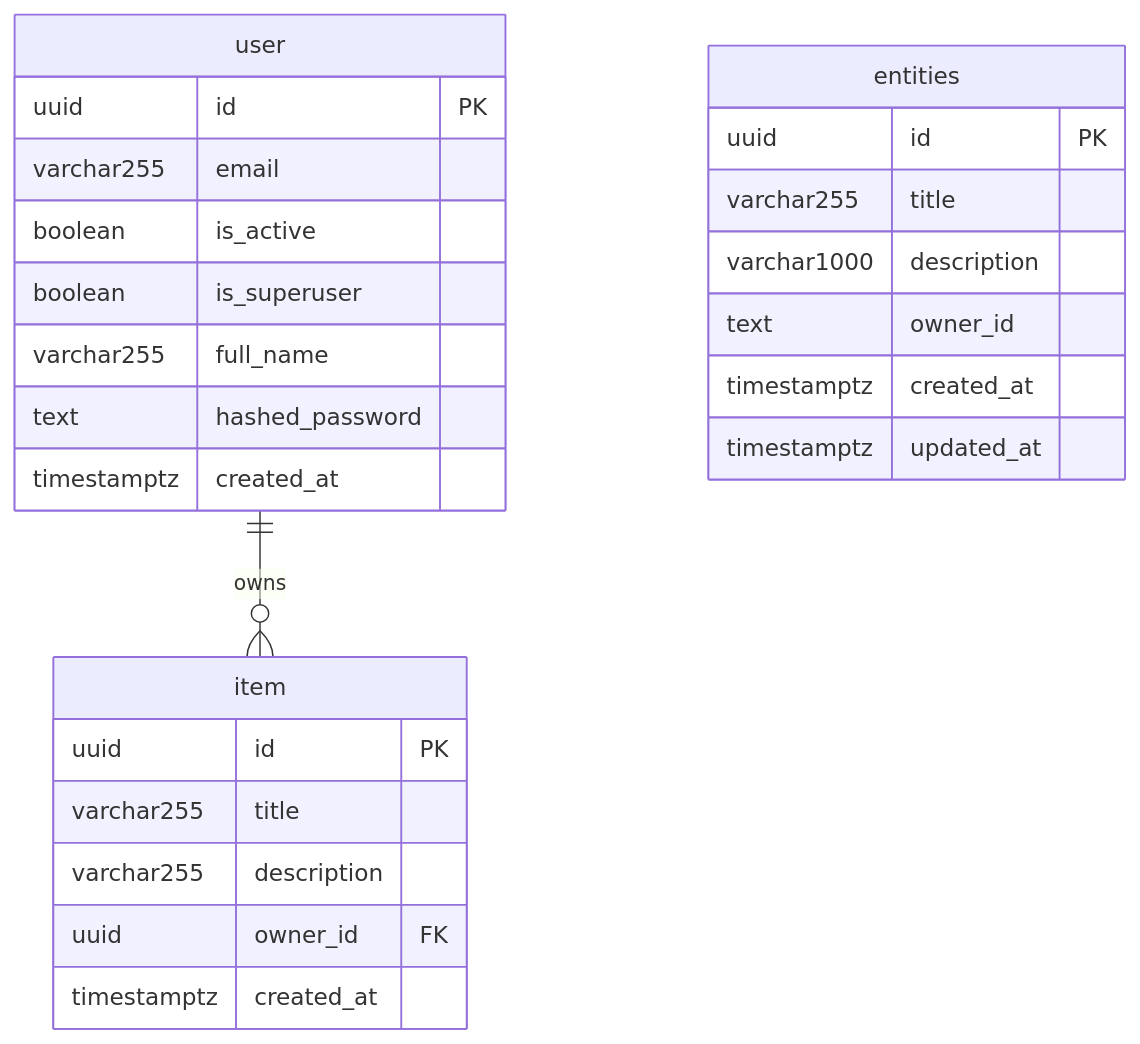
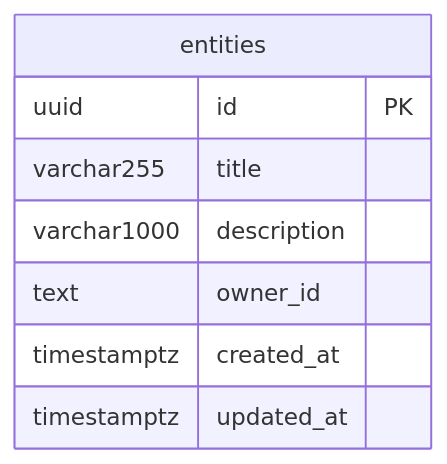
The diagram in docs/data/models.md (Aygentic/Aygentic-starter-template), drawn with Mermaid before and after one commit. The commit also changed other lines of this file and 19 other files, not shown here.

````diff
--- a/docs/data/models.md
+++ b/docs/data/models.md
@@ -47,31 +36,11 @@
 ```mermaid
 erDiagram
-    user ||--o{ item : "owns"
-
-    user {
-        uuid        id              PK
-        varchar255  email
-        boolean     is_active
-        boolean     is_superuser
-        varchar255  full_name
-        text        hashed_password
-        timestamptz created_at
-    }
-
-    item {
-        uuid        id          PK
-        varchar255  title
-        varchar255  description
-        uuid        owner_id    FK
-        timestamptz created_at
-    }
-
     entities {
         uuid        id          PK
         varchar255  title
         varchar1000 description
         text        owner_id
         timestamptz created_at
         timestamptz updated_at
     }
 ```
````
